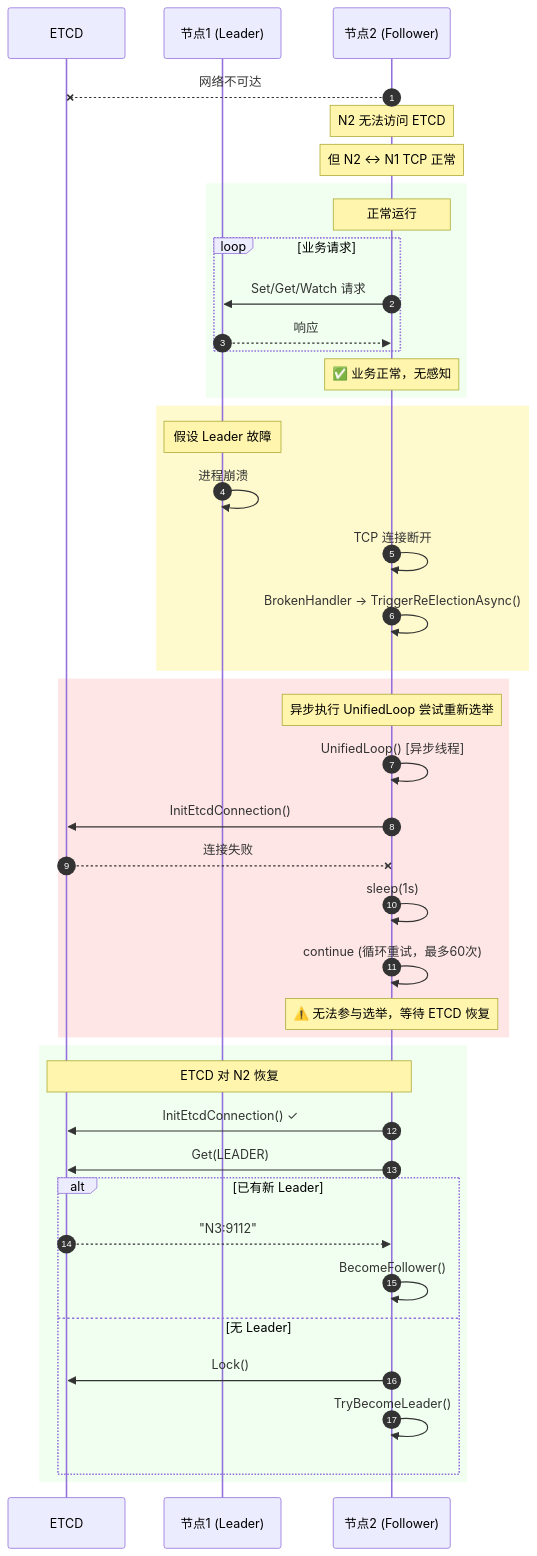
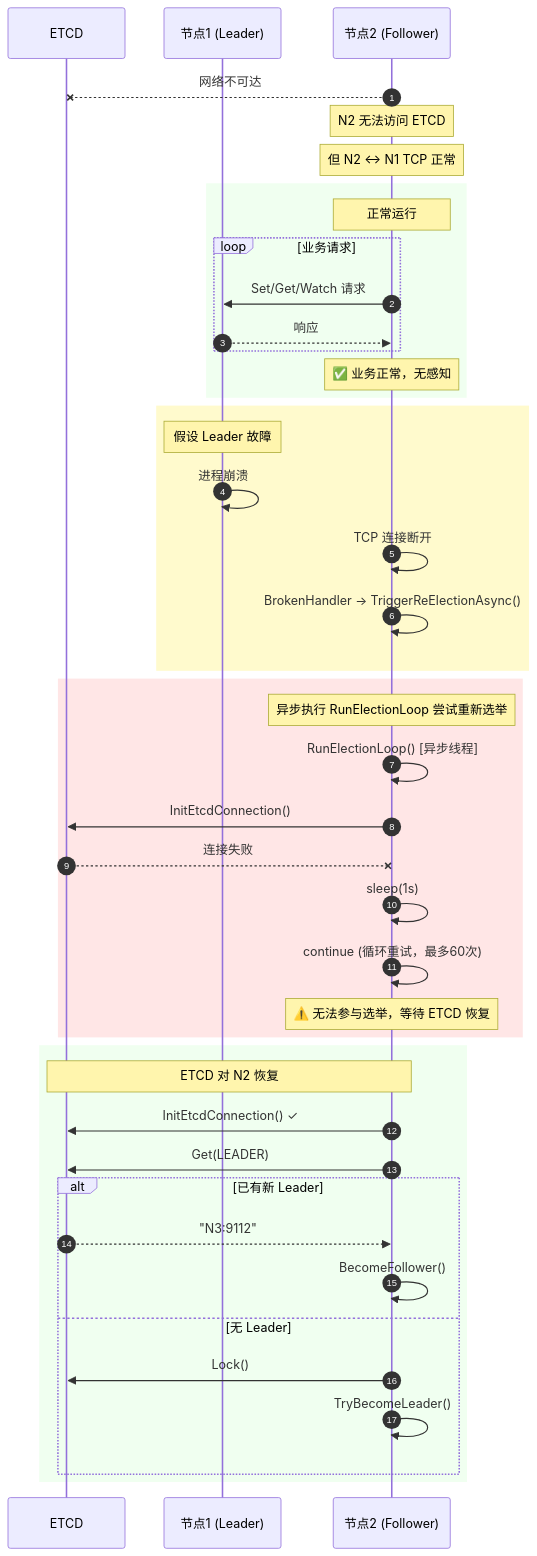
The ninth of 9 diagrams in doc/config_store_cluster_ha.md (Ascend/memfabric_hybrid), drawn with Mermaid before and after one commit. The commit also changed other lines of this file and 25 other files, not shown here.

````diff
--- a/doc/config_store_cluster_ha.md
+++ b/doc/config_store_cluster_ha.md
@@ -497,50 +497,50 @@
 ```mermaid
 sequenceDiagram
 autonumber
 participant ETCD as ETCD
 participant N1 as 节点1 (Leader)
 participant N2 as 节点2 (Follower)
 
 N2--xETCD: 网络不可达
 Note over N2: N2 无法访问 ETCD
 Note over N2: 但 N2 ↔ N1 TCP 正常
 
 rect rgb(240, 255, 240)
 Note over N2: 正常运行
 loop 业务请求
 N2->>N1: Set/Get/Watch 请求
 N1-->>N2: 响应
 end
 Note over N2: ✅ 业务正常，无感知
 end
 
 rect rgb(255, 250, 205)
 Note over N1: 假设 Leader 故障
 N1->>N1: 进程崩溃
 N2->>N2: TCP 连接断开
 N2->>N2: BrokenHandler → TriggerReElectionAsync()
 end
 
 rect rgb(255, 230, 230)
-Note over N2: 异步执行 UnifiedLoop 尝试重新选举
-N2->>N2: UnifiedLoop() [异步线程]
+Note over N2: 异步执行 RunElectionLoop 尝试重新选举
+N2->>N2: RunElectionLoop() [异步线程]
 N2->>ETCD: InitEtcdConnection()
 ETCD--xN2: 连接失败
 N2->>N2: sleep(1s)
 N2->>N2: continue (循环重试，最多60次)
 Note over N2: ⚠️ 无法参与选举，等待 ETCD 恢复
 end
 
 rect rgb(240, 255, 240)
 Note over ETCD,N2: ETCD 对 N2 恢复
 N2->>ETCD: InitEtcdConnection() ✓
 N2->>ETCD: Get(LEADER)
 alt 已有新 Leader
 ETCD-->>N2: "N3:9112"
 N2->>N2: BecomeFollower()
 else 无 Leader
 N2->>ETCD: Lock()
 N2->>N2: TryBecomeLeader()
 end
 end
 ```
````
